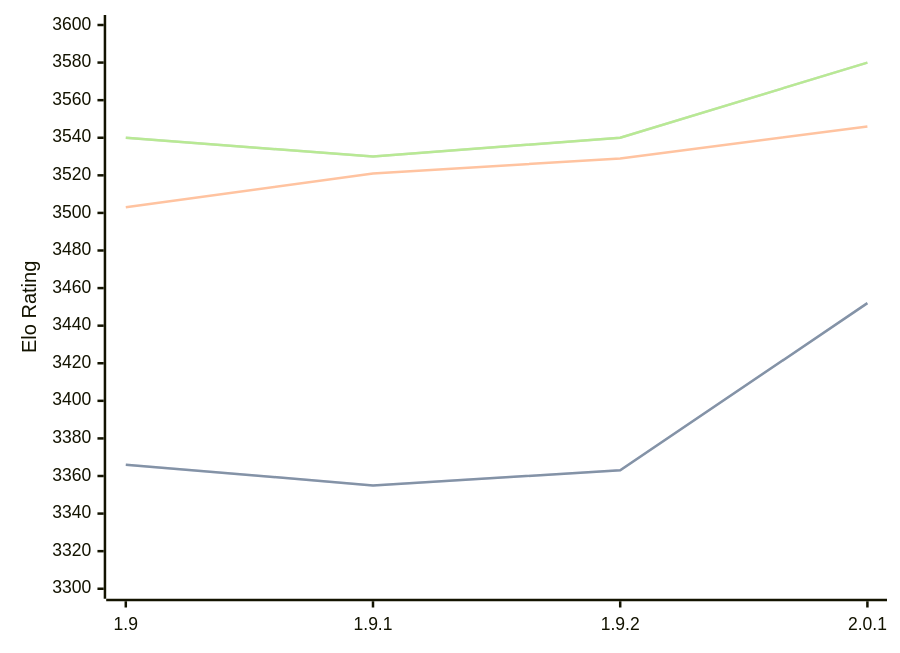
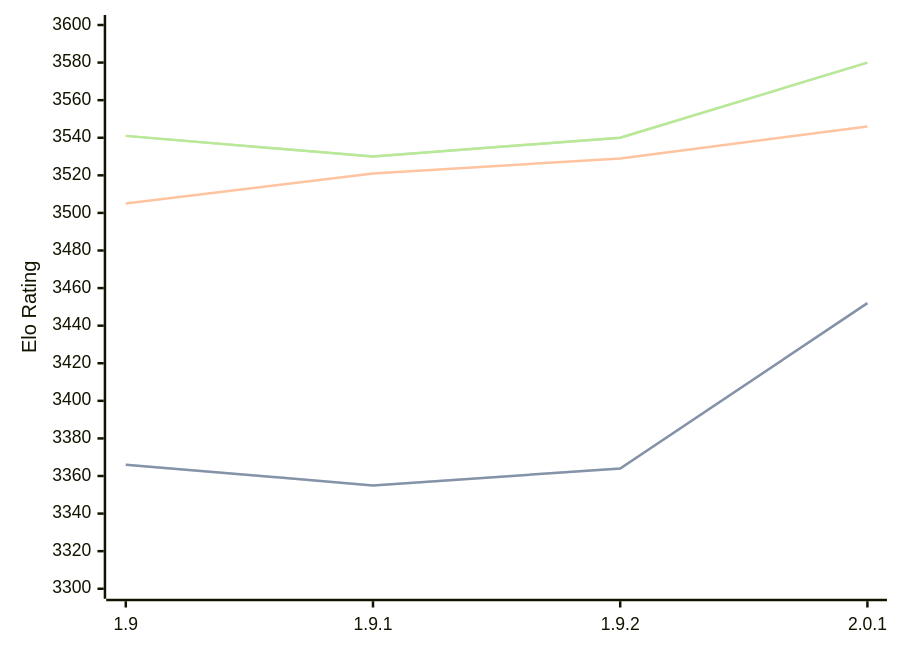
Before and after one commit to computer-chess-index/cci: the diagram in engines/Pawnocchio.md, drawn with Mermaid. The commit also changed other lines of this file, not shown here.

Commit message:
Update CCI Ratings (ELO VLTC) - 2026-08-17

````diff
--- a/engines/Pawnocchio.md
+++ b/engines/Pawnocchio.md
@@ -36,11 +36,11 @@
 ```mermaid
 %%{init: {"theme":"base","themeVariables":{"seriesColors:['#a3a3a3','#222221','#faa371']}}}%%
 xychart-beta
   x-axis ["1.9", "1.9.1", "1.9.2", "2.0.1"]
   y-axis "Elo Rating" 3300 --> 3600
-  line "STC (8.0+0.08s)" [3366, 3355, 3363, 3452]
-  line "STC (8.0+0.08s)" [3366, 3355, 3363, 3452]
-  line "LTC (60.0+0.60s)" [3503, 3521, 3529, 3546]
-  line "VLTC (2m24s+1.12s)" [3540, 3530, 3540, 3580]
-  line "VLTC (2m24s+1.12s)" [3540, 3530, 3540, 3580]
+  line "STC (8.0+0.08s)" [3366, 3355, 3364, 3452]
+  line "STC (8.0+0.08s)" [3366, 3355, 3364, 3452]
+  line "LTC (60.0+0.60s)" [3505, 3521, 3529, 3546]
+  line "VLTC (2m24s+1.12s)" [3541, 3530, 3540, 3580]
+  line "VLTC (2m24s+1.12s)" [3541, 3530, 3540, 3580]
 ```
````
